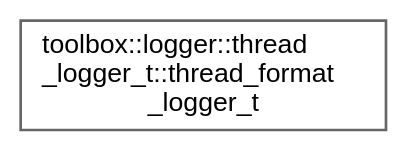
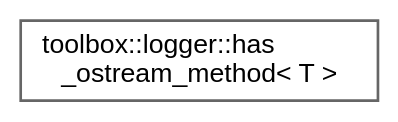
One commit to nerdneilsfield/cpp-toolbox changed the diagram in inherit_graph_32.dot. Above: the diagram before and after it, drawn with Graphviz. The commit also changed 348 other files, not shown here.

```diff
--- a/inherit_graph_32.dot
+++ b/inherit_graph_32.dot
@@ -1,9 +1,9 @@
 digraph "Graphical Class Hierarchy"
 {
  // LATEX_PDF_SIZE
   bgcolor="transparent";
   edge [fontname=Helvetica,fontsize=10,labelfontname=Helvetica,labelfontsize=10];
   node [fontname=Helvetica,fontsize=10,shape=box,height=0.2,width=0.4];
   rankdir="LR";
-  Node0 [id="Node000000",label="toolbox::logger::thread\l_logger_t::thread_format\l_logger_t",height=0.2,width=0.4,color="grey40", fillcolor="white", style="filled",URL="$classtoolbox_1_1logger_1_1thread__logger__t_1_1thread__format__logger__t.html",tooltip="基于格式的日志记录器,用于printf风格的消息格式化 / Format-based logger for printf-style message formatting"];
+  Node0 [id="Node000000",label="toolbox::logger::has\l_ostream_method\< T \>",height=0.2,width=0.4,color="grey40", fillcolor="white", style="filled",URL="$structtoolbox_1_1logger_1_1has__ostream__method.html",tooltip="检查类型是否具有ostream方法的类型特征 / Type trait to check if a type has an ostream method"];
 }
```
